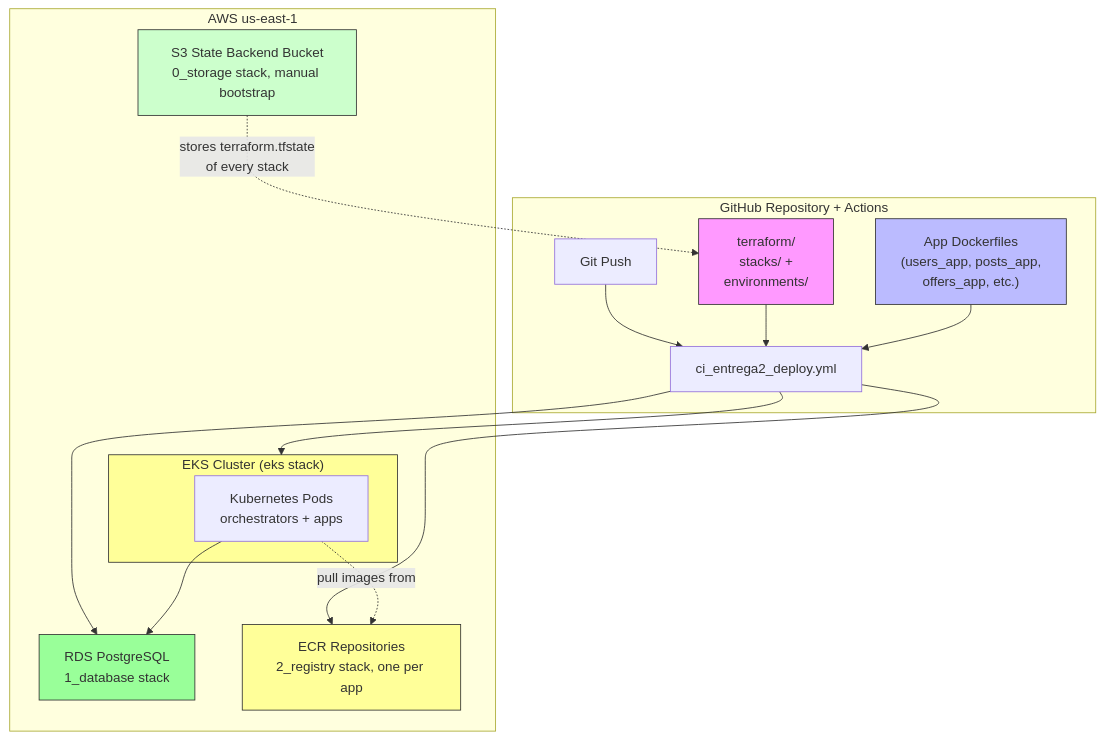
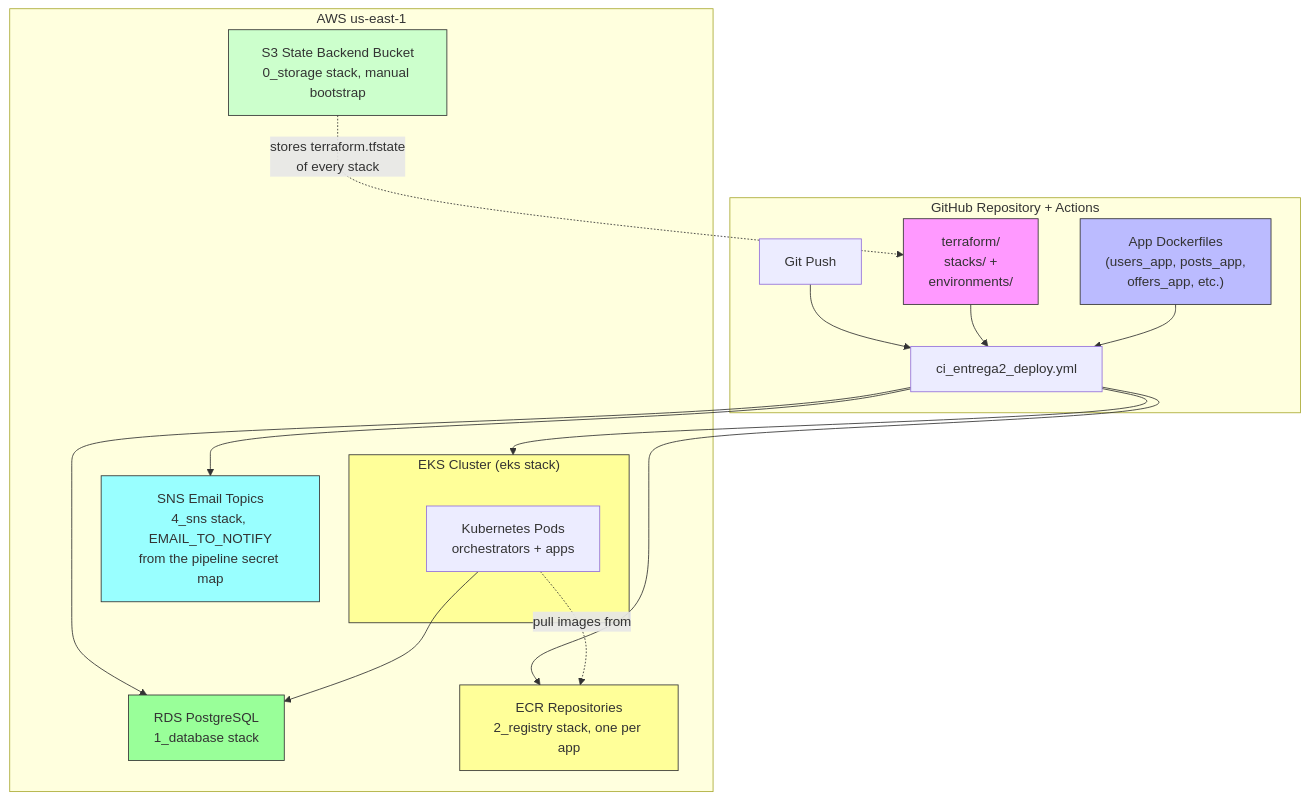
One commit to PedroTrujilloV/CloudNativeComputingSharedSuitcaseApp changed the diagram in docs/terraform-deployment.md. Above: the diagram before and after it, drawn with Mermaid. The commit also changed other lines of this file and 49 other files, not shown here.

````diff
--- a/docs/terraform-deployment.md
+++ b/docs/terraform-deployment.md
@@ -17,33 +17,36 @@
 ```mermaid
 graph TD
 
   subgraph GitHub["GitHub Repository + Actions"]
     GitCode[Git Push] --> Pipeline[ci_entrega2_deploy.yml]
     TFCode[terraform/\nstacks/ +\nenvironments/] --> Pipeline
     AppCode["App Dockerfiles\n(users_app, posts_app,\noffers_app, etc.)"] --> Pipeline
   end
 
   subgraph AWS["AWS us-east-1"]
     subgraph EKS["EKS Cluster (eks stack)"]
       K8sPods[Kubernetes Pods\norchestrators + apps]
     end
     RDS[RDS PostgreSQL\n1_database stack]
     ECR[ECR Repositories\n2_registry stack, one per app]
+    SNS[SNS Email Topics\n4_sns stack, EMAIL_TO_NOTIFY\nfrom the pipeline secret map]
     S3[S3 State Backend Bucket\n0_storage stack, manual bootstrap]
   end
 
   Pipeline --> EKS
   Pipeline --> RDS
   Pipeline --> ECR
+  Pipeline --> SNS
   S3 -.-> |stores terraform.tfstate\nof every stack| TFCode
 
   K8sPods --> RDS
   K8sPods -.-> |pull images from| ECR
 
   style TFCode fill:#f9f,stroke:#333
   style AppCode fill:#bbf,stroke:#333
   style EKS fill:#ff9,stroke:#333
   style RDS fill:#9f9,stroke:#333
   style ECR fill:#ff9,stroke:#333
+  style SNS fill:#9ff,stroke:#333
   style S3 fill:#cfc,stroke:#333
 ```
````
